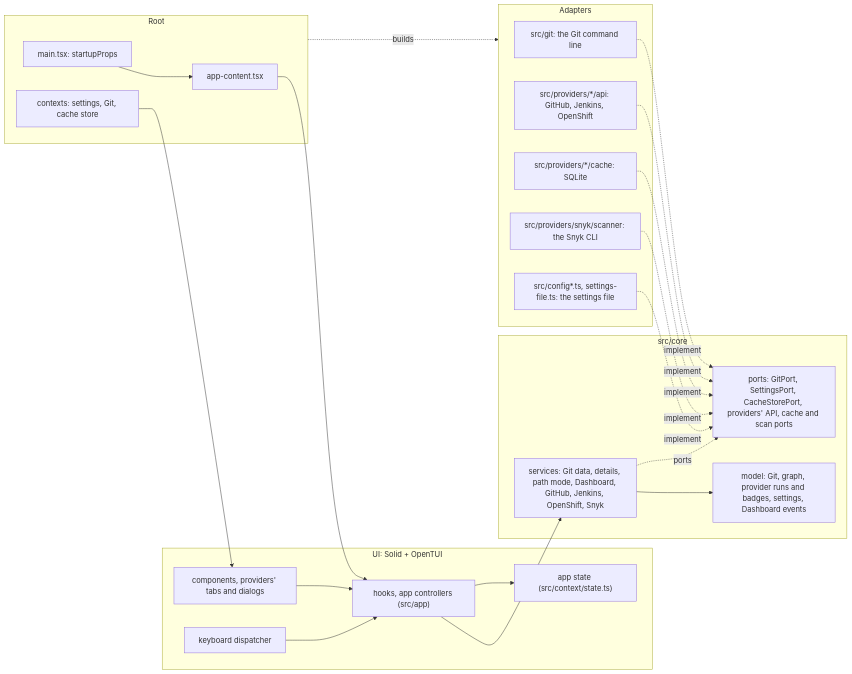
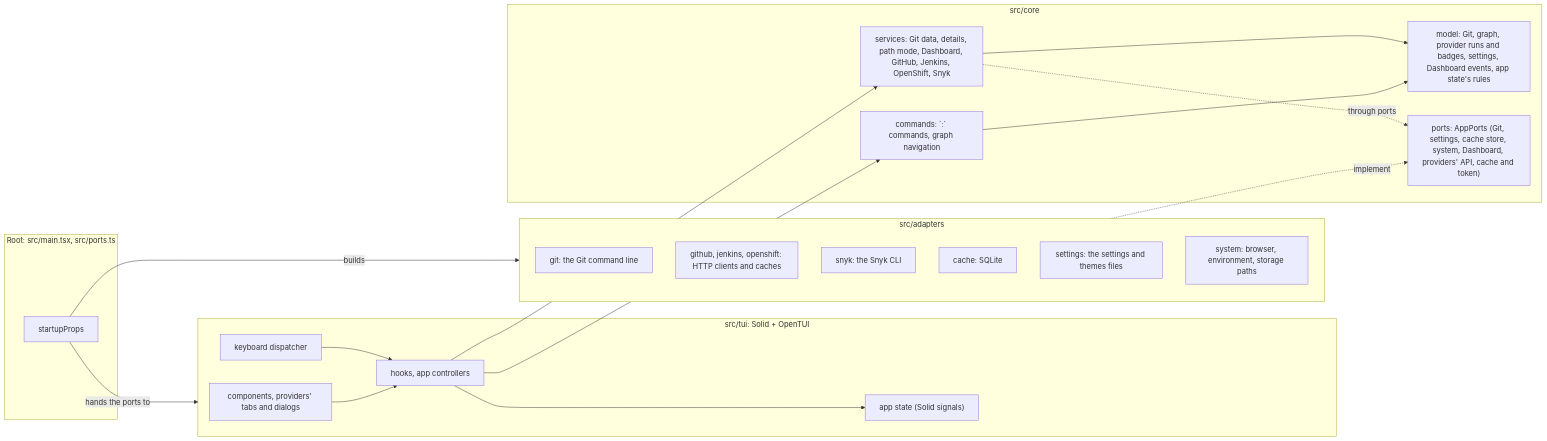
The diagram in docs/architecture.md (andreduejon/codepulse), drawn with Mermaid before and after one commit. The commit also changed other lines of this file and 599 other files, not shown here.

First line of the commit message:
refactor: the folders are the layers: src/core, src/adapters, src/tui and the root

````diff
--- a/docs/architecture.md
+++ b/docs/architecture.md
@@ -8,35 +8,34 @@
 ```mermaid
 flowchart LR
-  subgraph UI["UI: Solid + OpenTUI"]
+  subgraph Root["Root: src/main.tsx, src/ports.ts"]
+    Main["startupProps"]
+  end
+  subgraph TUI["src/tui: Solid + OpenTUI"]
     Components["components, providers' tabs and dialogs"]
-    Hooks["hooks, app controllers (src/app)"]
+    Hooks["hooks, app controllers"]
     Keys["keyboard dispatcher"]
-    State["app state (src/context/state.ts)"]
-  end
-  subgraph Root["Root"]
-    Main["main.tsx: startupProps"]
-    AppContent["app-content.tsx"]
-    Contexts["contexts: settings, Git, cache store"]
+    State["app state (Solid signals)"]
   end
   subgraph Core["src/core"]
     Services["services: Git data, details, path mode, Dashboard, GitHub, Jenkins, OpenShift, Snyk"]
-    Model["model: Git, graph, provider runs and badges, settings, Dashboard events"]
-    Ports["ports: GitPort, SettingsPort, CacheStorePort, providers' API, cache and scan ports"]
+    Commands["commands: `:` commands, graph navigation"]
+    Model["model: Git, graph, provider runs and badges, settings, Dashboard events, app state's rules"]
+    Ports["ports: AppPorts (Git, settings, cache store, system, Dashboard, providers' API, cache and token)"]
   end
-  subgraph Adapters["Adapters"]
-    GitCli["src/git: the Git command line"]
-    Http["src/providers/*/api: GitHub, Jenkins, OpenShift"]
-    Caches["src/providers/*/cache: SQLite"]
-    Snyk["src/providers/snyk/scanner: the Snyk CLI"]
-    Files["src/config*.ts, settings-file.ts: the settings file"]
+  subgraph Adapters["src/adapters"]
+    Git["git: the Git command line"]
+    Http["github, jenkins, openshift: HTTP clients and caches"]
+    Snyk["snyk: the Snyk CLI"]
+    Cache["cache: SQLite"]
+    Settings["settings: the settings and themes files"]
+    System["system: browser, environment, storage paths"]
   end
-  Main --> AppContent --> Hooks
-  Contexts --> Components
-  Components --> Hooks --> Services
-  Keys --> Hooks
+  Main -- builds --> Adapters
+  Main -- hands the ports to --> TUI
+  Keys --> Hooks --> Commands & Services
+  Components --> Hooks
   Hooks --> State
-  Services --> Model
-  Services -. ports .-> Ports
-  GitCli & Http & Caches & Snyk & Files -. implement .-> Ports
-  Root -. builds .-> Adapters
+  Services & Commands --> Model
+  Services -. through ports .-> Ports
+  Adapters -. implement .-> Ports
 ```
````
